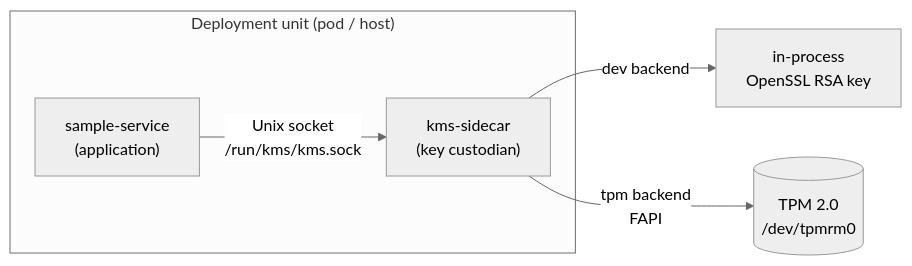
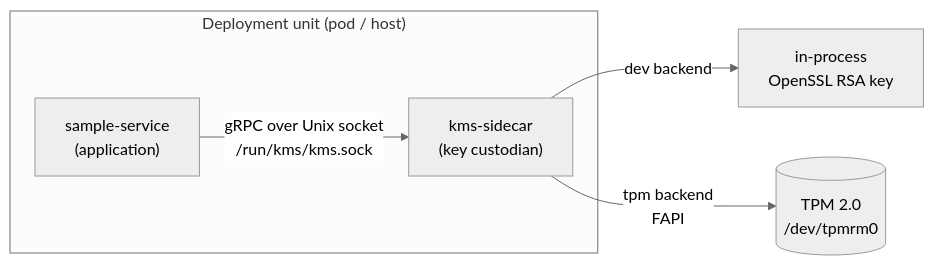
One commit to snambakam/hw-binding-samples changed the first of 2 diagrams in README.md. Above: the diagram before and after it, drawn with Mermaid (neutral theme). The commit also changed other lines of this file and 16 other files, not shown here.

First line of the commit message:
Convert sidecar protocol to gRPC over Unix socket

````diff
--- a/README.md
+++ b/README.md
@@ -15,10 +15,10 @@
 ```mermaid
 flowchart LR
     subgraph pod["Deployment unit (pod / host)"]
         app["sample-service\n(application)"]
         sidecar["kms-sidecar\n(key custodian)"]
-        app -- "Unix socket\n/run/kms/kms.sock" --> sidecar
+        app -- "gRPC over Unix socket\n/run/kms/kms.sock" --> sidecar
     end
     sidecar -- "dev backend" --> dev["in-process\nOpenSSL RSA key"]
     sidecar -- "tpm backend\nFAPI" --> tpm[("TPM 2.0\n/dev/tpmrm0")]
 ```
````
